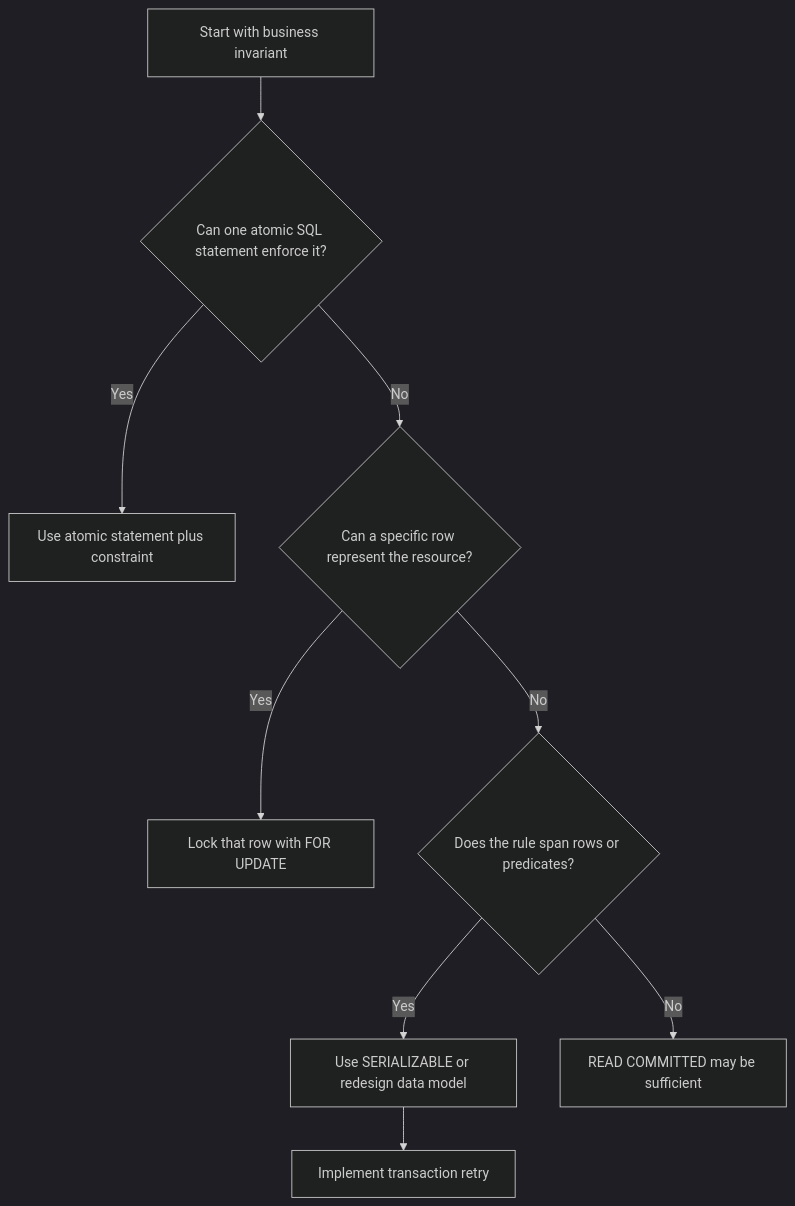
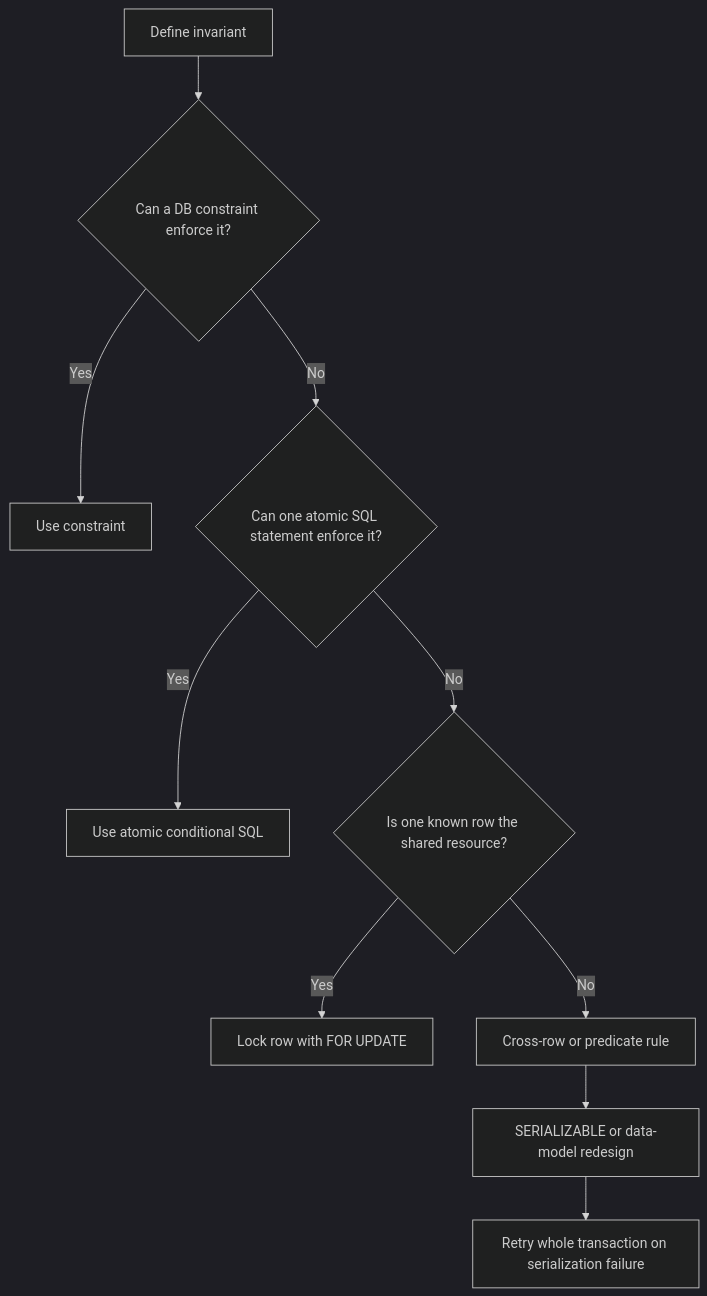
Before and after one commit to AvadhBhalodiya/Interview-Preparation: the third of 3 diagrams in src/content/databases/transaction-isolation-levels.md, drawn with Mermaid (dark theme). The commit also changed other lines of this file and 80 other files, not shown here.

````diff
--- a/src/content/databases/transaction-isolation-levels.md
+++ b/src/content/databases/transaction-isolation-levels.md
@@ -1077,11 +415,12 @@
 ```mermaid
 flowchart TD
-    A[Start with business invariant] --> B{Can one atomic SQL statement enforce it?}
-    B -- Yes --> C[Use atomic statement plus constraint]
-    B -- No --> D{Can a specific row represent the resource?}
-    D -- Yes --> E[Lock that row with FOR UPDATE]
-    D -- No --> F{Does the rule span rows or predicates?}
-    F -- Yes --> G[Use SERIALIZABLE or redesign data model]
-    F -- No --> H[READ COMMITTED may be sufficient]
-    G --> I[Implement transaction retry]
+    A[Define invariant] --> B{Can a DB constraint enforce it?}
+    B -- Yes --> C[Use constraint]
+    B -- No --> D{Can one atomic SQL statement enforce it?}
+    D -- Yes --> E[Use atomic conditional SQL]
+    D -- No --> F{Is one known row the shared resource?}
+    F -- Yes --> G[Lock row with FOR UPDATE]
+    F -- No --> H[Cross-row or predicate rule]
+    H --> I[SERIALIZABLE or data-model redesign]
+    I --> J[Retry whole transaction on serialization failure]
 ```
````
